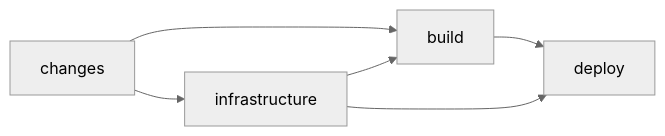
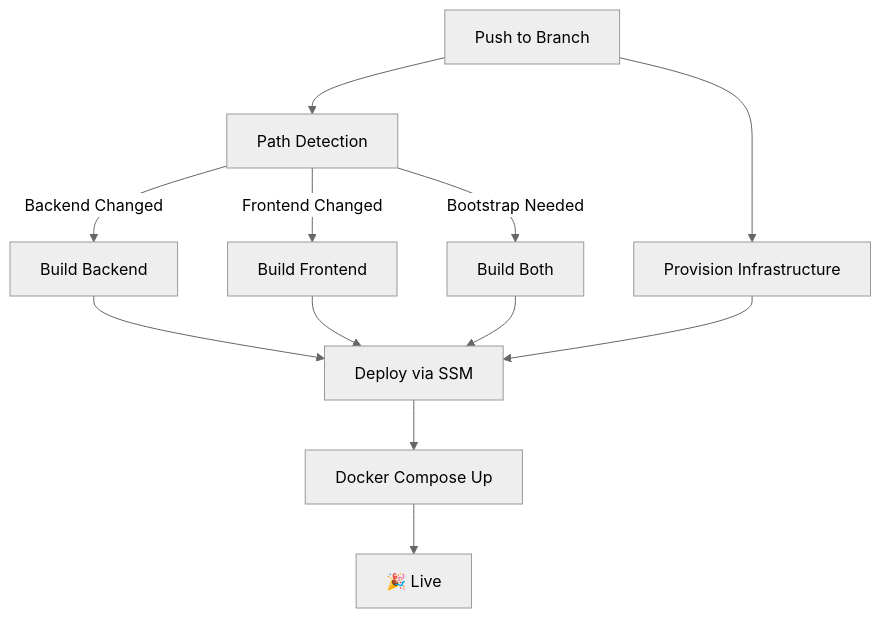
The second of 3 diagrams in DEVOPS.md (swapnil29032000/sdsdsd), drawn with Mermaid (neutral theme) before and after one commit. The commit also changed other lines of this file and 3 other files, not shown here.

````diff
--- a/DEVOPS.md
+++ b/DEVOPS.md
@@ -107,8 +141,14 @@
 ```mermaid
-graph LR
-    A[changes] --> B[build]
-    A --> C[infrastructure]
-    C --> B
-    B --> D[deploy]
-    C --> D
+graph TB
+    A[Push to Branch] --> B[Path Detection]
+    B -->|Backend Changed| C[Build Backend]
+    B -->|Frontend Changed| D[Build Frontend]
+    B -->|Bootstrap Needed| E[Build Both]
+    A --> F[Provision Infrastructure]
+    C --> G[Deploy via SSM]
+    D --> G
+    E --> G
+    F --> G
+    G --> H[Docker Compose Up]
+    H --> I[🎉 Live]
 ```
````
